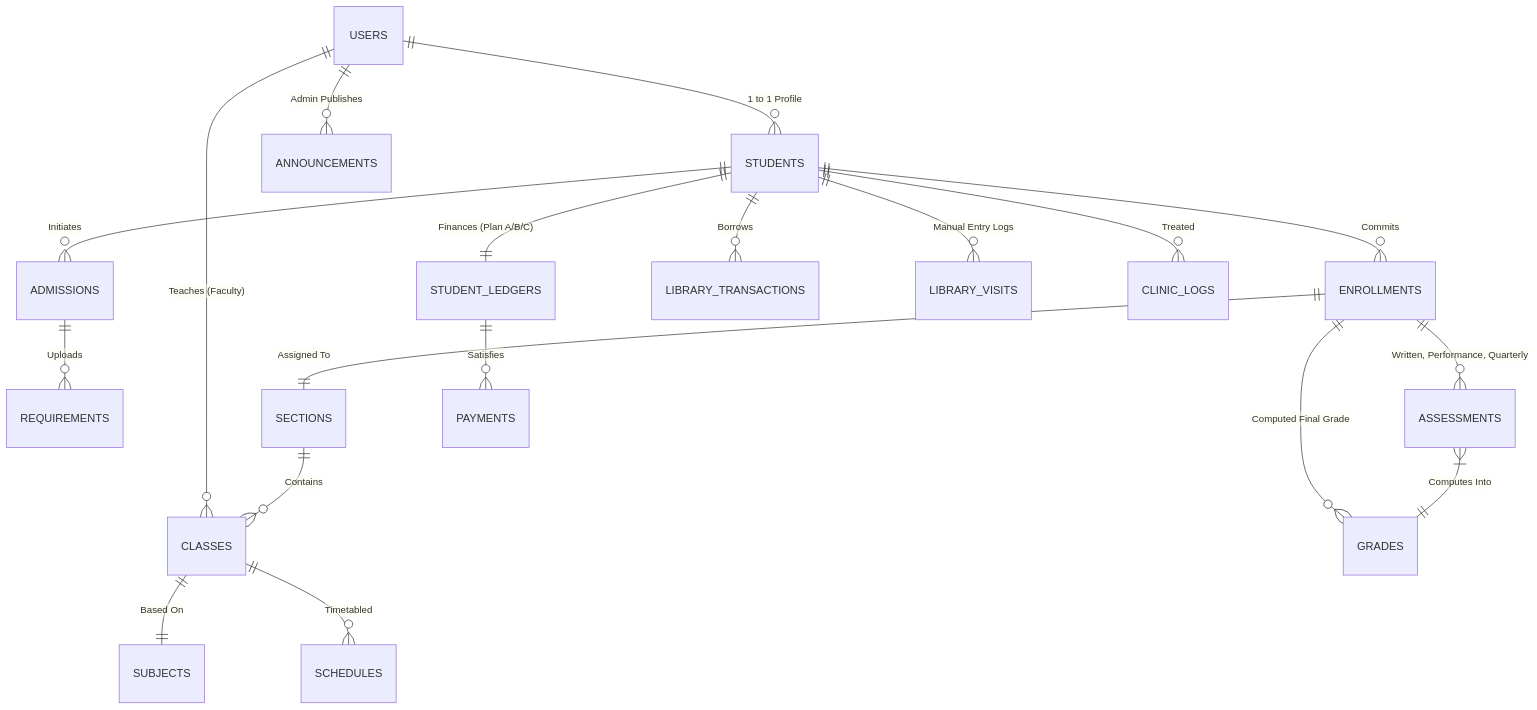
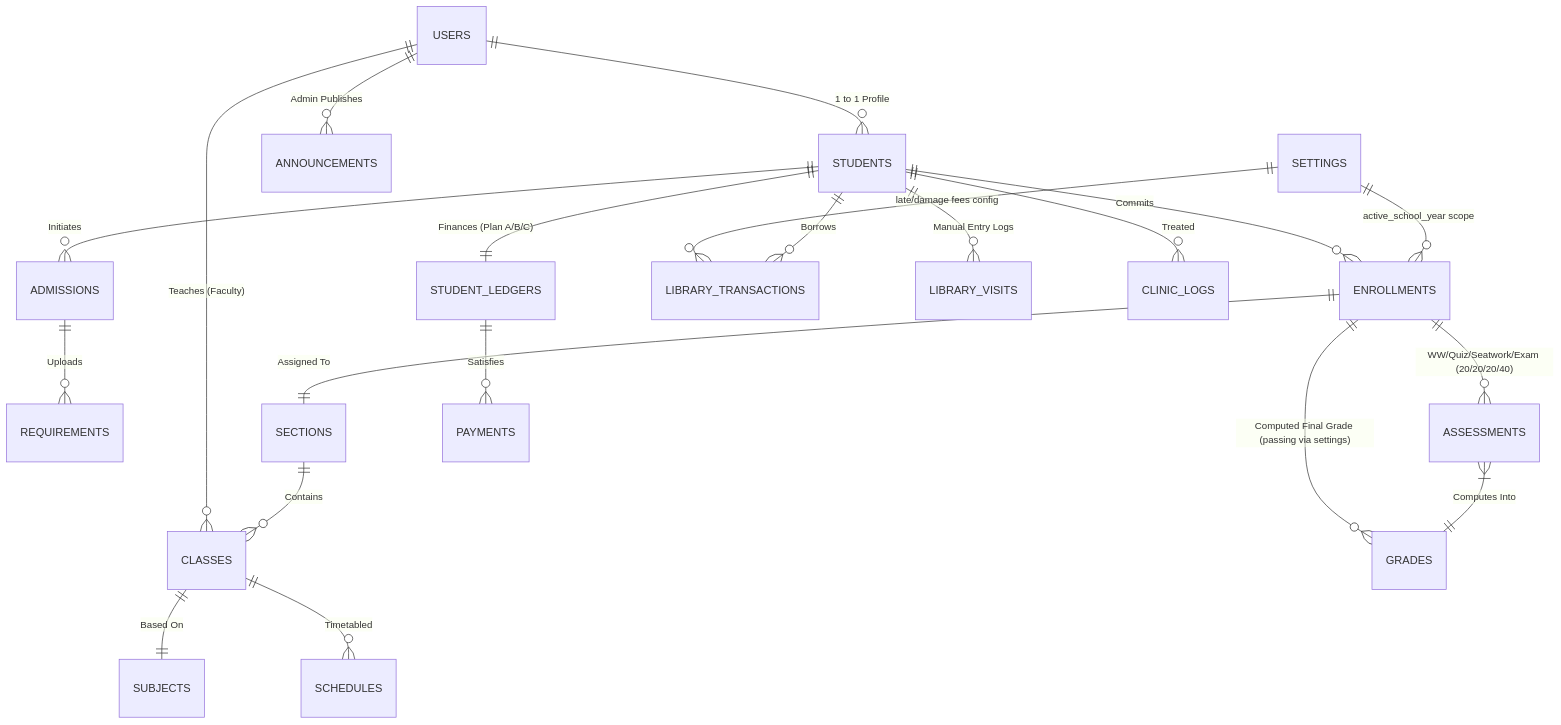
The third of 3 diagrams in 1Dcoument&OtherInfo/capstone_master_document.md (MiRene15/ERP-Agnus_Dei_School_Systems_INC_FINAL-MODIFIED), drawn with Mermaid before and after one commit. The commit also changed other lines of this file and 1 other file, not shown here.

Commit message:
docs: refresh ERD + schema map for settings/grades weights/status; seeder: add demo failing + no-grades cases

````diff
--- a/1Dcoument&OtherInfo/capstone_master_document.md
+++ b/1Dcoument&OtherInfo/capstone_master_document.md
@@ -371,26 +371,29 @@
 ```mermaid
 erDiagram
     USERS ||--o{ STUDENTS : "1 to 1 Profile"
     USERS ||--o{ CLASSES : "Teaches (Faculty)"
     USERS ||--o{ ANNOUNCEMENTS : "Admin Publishes"
     
     STUDENTS ||--o{ ADMISSIONS : "Initiates"
     ADMISSIONS ||--o{ REQUIREMENTS : "Uploads"
     
     STUDENTS ||--o{ ENROLLMENTS : "Commits"
     ENROLLMENTS ||--|| SECTIONS : "Assigned To"
     SECTIONS ||--o{ CLASSES : "Contains"
     CLASSES ||--|| SUBJECTS : "Based On"
     CLASSES ||--o{ SCHEDULES : "Timetabled"
     
-    ENROLLMENTS ||--o{ ASSESSMENTS : "Written, Performance, Quarterly"
-    ENROLLMENTS ||--o{ GRADES : "Computed Final Grade"
+    ENROLLMENTS ||--o{ ASSESSMENTS : "WW/Quiz/Seatwork/Exam (20/20/20/40)"
+    ENROLLMENTS ||--o{ GRADES : "Computed Final Grade (passing via settings)"
     ASSESSMENTS }|--|| GRADES : "Computes Into"
 
     STUDENTS ||--|| STUDENT_LEDGERS : "Finances (Plan A/B/C)"
     STUDENT_LEDGERS ||--o{ PAYMENTS : "Satisfies"
+
+    SETTINGS ||--o{ ENROLLMENTS : "active_school_year scope"
+    SETTINGS ||--o{ LIBRARY_TRANSACTIONS : "late/damage fees config"
     
     STUDENTS ||--o{ LIBRARY_TRANSACTIONS : "Borrows"
     STUDENTS ||--o{ LIBRARY_VISITS : "Manual Entry Logs"
     STUDENTS ||--o{ CLINIC_LOGS : "Treated"
 ```
````
